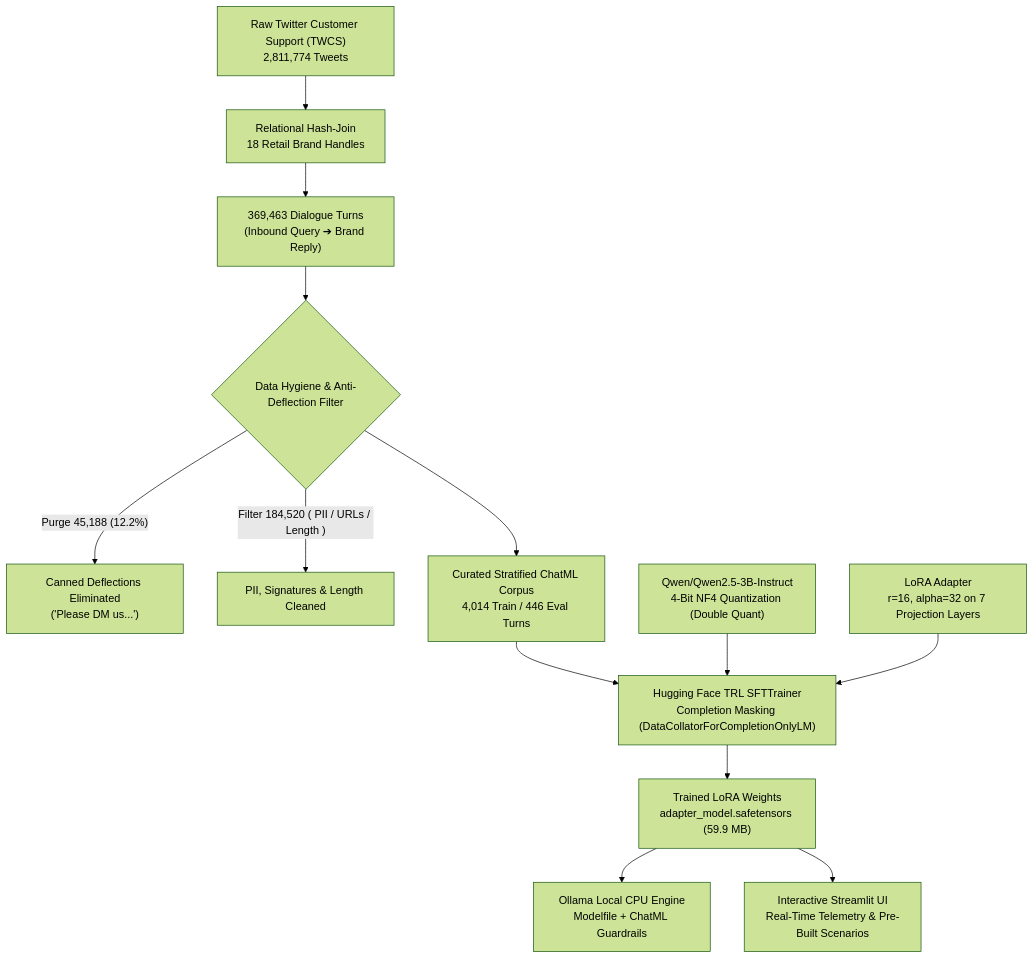
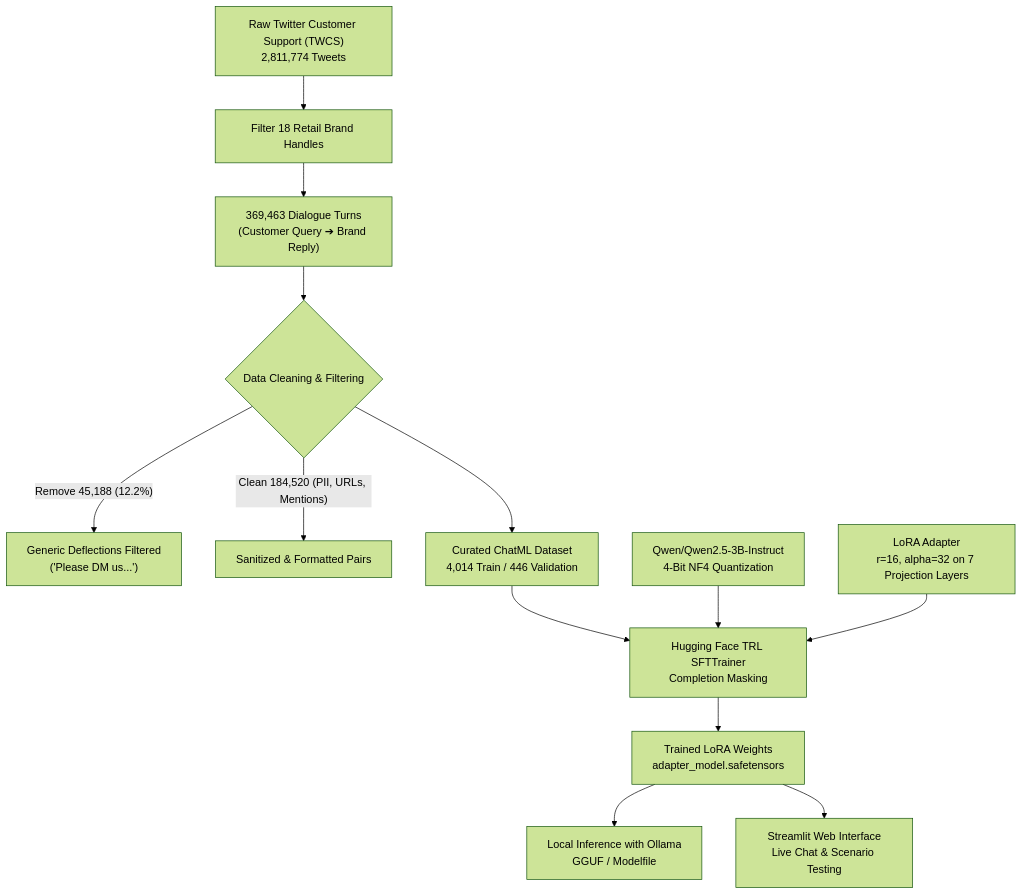
The diagram in README.md (saiabhiram-simhadri/ecommerce-specialized-llm-bot), drawn with Mermaid (forest theme) before and after one commit. The commit also changed other lines of this file and 1 other file, not shown here.

````diff
--- a/README.md
+++ b/README.md
@@ -58,19 +59,19 @@
 ```mermaid
 flowchart TD
-    A["Raw Twitter Customer Support (TWCS)<br/>2,811,774 Tweets"] --> B["Relational Hash-Join<br/>18 Retail Brand Handles"]
-    B --> C["369,463 Dialogue Turns<br/>(Inbound Query ➔ Brand Reply)"]
+    A["Raw Twitter Customer Support (TWCS)<br/>2,811,774 Tweets"] --> B["Filter 18 Retail Brand Handles"]
+    B --> C["369,463 Dialogue Turns<br/>(Customer Query ➔ Brand Reply)"]
     
-    C --> D{"Data Hygiene & Anti-Deflection Filter"}
-    D -- "Purge 45,188 (12.2%)" --> E["Canned Deflections Eliminated<br/>('Please DM us...')"]
-    D -- "Filter 184,520 ( PII / URLs / Length )" --> F["PII, Signatures & Length Cleaned"]
-    D --> G["Curated Stratified ChatML Corpus<br/>4,014 Train / 446 Eval Turns"]
+    C --> D{"Data Cleaning & Filtering"}
+    D -- "Remove 45,188 (12.2%)" --> E["Generic Deflections Filtered<br/>('Please DM us...')"]
+    D -- "Clean 184,520 (PII, URLs, Mentions)" --> F["Sanitized & Formatted Pairs"]
+    D --> G["Curated ChatML Dataset<br/>4,014 Train / 446 Validation"]
     
-    G --> H["Hugging Face TRL SFTTrainer<br/>Completion Masking (DataCollatorForCompletionOnlyLM)"]
-    I["Qwen/Qwen2.5-3B-Instruct<br/>4-Bit NF4 Quantization (Double Quant)"] --> H
+    G --> H["Hugging Face TRL SFTTrainer<br/>Completion Masking"]
+    I["Qwen/Qwen2.5-3B-Instruct<br/>4-Bit NF4 Quantization"] --> H
     J["LoRA Adapter<br/>r=16, alpha=32 on 7 Projection Layers"] --> H
     
-    H --> K["Trained LoRA Weights<br/>adapter_model.safetensors (59.9 MB)"]
+    H --> K["Trained LoRA Weights<br/>adapter_model.safetensors"]
     
-    K --> L["Ollama Local CPU Engine<br/>Modelfile + ChatML Guardrails"]
-    K --> M["Interactive Streamlit UI<br/>Real-Time Telemetry & Pre-Built Scenarios"]
+    K --> L["Local Inference with Ollama<br/>GGUF / Modelfile"]
+    K --> M["Streamlit Web Interface<br/>Live Chat & Scenario Testing"]
 ```
````
